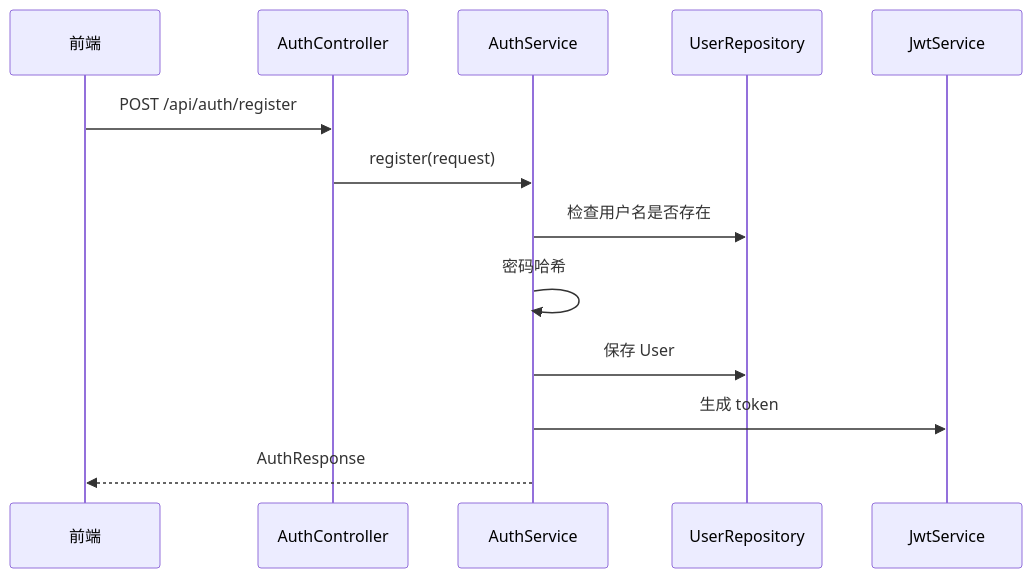
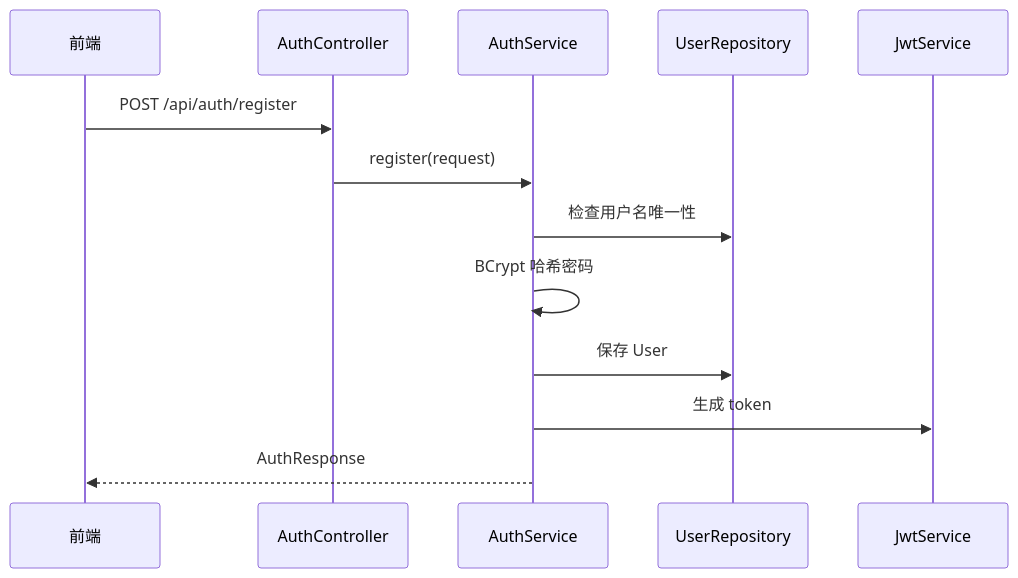
One commit to LinHonk1128/ips_java changed the first of 6 diagrams in docs/05-detailed-design.md. Above: the diagram before and after it, drawn with Mermaid. The commit also changed other lines of this file and 48 other files, not shown here.

````diff
--- a/docs/05-detailed-design.md
+++ b/docs/05-detailed-design.md
@@ -22,16 +22,16 @@
 ```mermaid
 sequenceDiagram
     participant FE as 前端
     participant AC as AuthController
     participant AS as AuthService
     participant UR as UserRepository
     participant JWT as JwtService
 
     FE->>AC: POST /api/auth/register
     AC->>AS: register(request)
-    AS->>UR: 检查用户名是否存在
-    AS->>AS: 密码哈希
+    AS->>UR: 检查用户名唯一性
+    AS->>AS: BCrypt 哈希密码
     AS->>UR: 保存 User
     AS->>JWT: 生成 token
     AS-->>FE: AuthResponse
 ```
````
